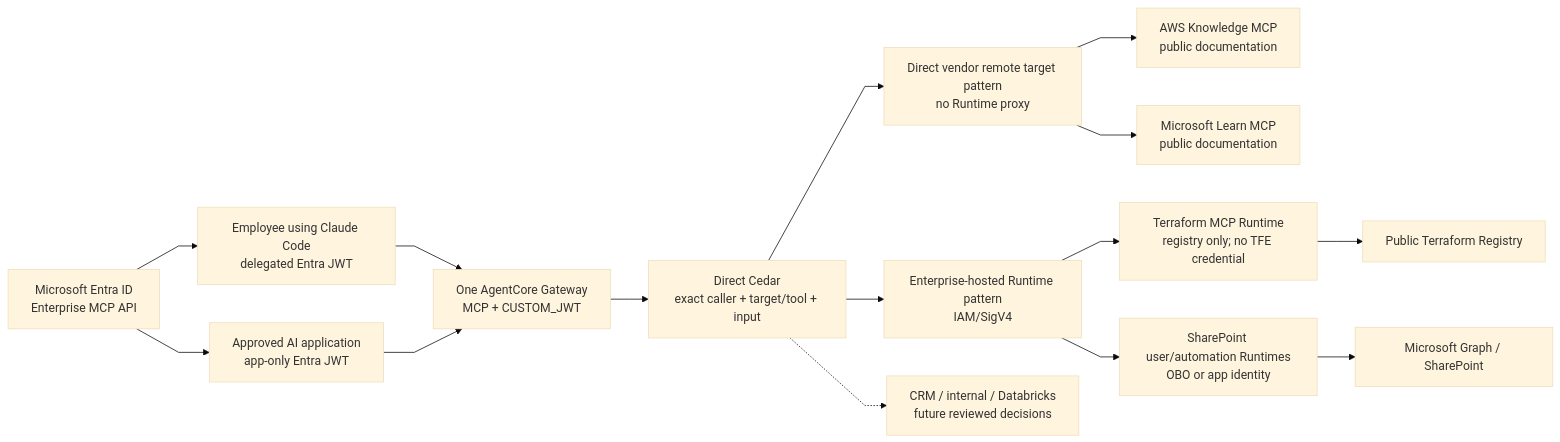
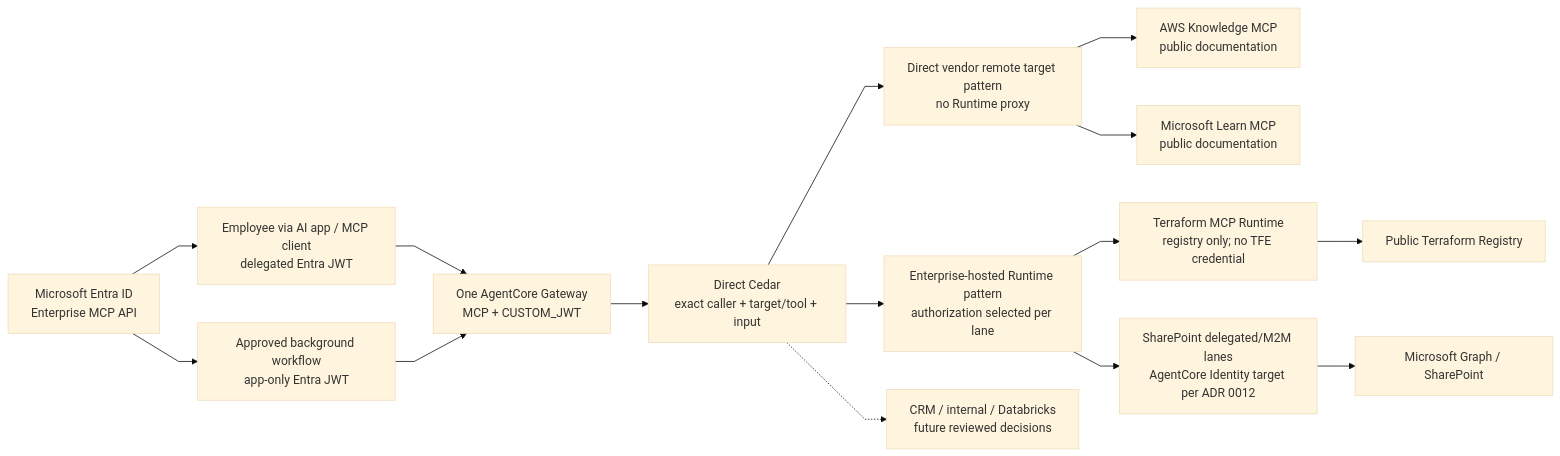
Before and after one commit to ron8520/mcp_poc: the first of 2 diagrams in docs/adr/0009-vendor-native-and-documentation-mcp-targets.md, drawn with Mermaid (base theme). The commit also changed other lines of this file and 95 other files, not shown here.

````diff
--- a/docs/adr/0009-vendor-native-and-documentation-mcp-targets.md
+++ b/docs/adr/0009-vendor-native-and-documentation-mcp-targets.md
@@ -99,33 +99,33 @@
 ```mermaid
 %%{init: {"flowchart": {"curve": "linear"}}}%%
 flowchart LR
     Entra["Microsoft Entra ID<br>Enterprise MCP API"]
-    Claude["Employee using Claude Code<br>delegated Entra JWT"]
-    Automation["Approved AI application<br>app-only Entra JWT"]
+    EmployeeClient["Employee via AI app / MCP client<br>delegated Entra JWT"]
+    Automation["Approved background workflow<br>app-only Entra JWT"]
     Gateway["One AgentCore Gateway<br>MCP + CUSTOM_JWT"]
     Cedar["Direct Cedar<br>exact caller + target/tool + input"]
     Direct["Direct vendor remote target pattern<br>no Runtime proxy"]
-    Hosted["Enterprise-hosted Runtime pattern<br>IAM/SigV4"]
+    Hosted["Enterprise-hosted Runtime pattern<br>authorization selected per lane"]
     AWSKnowledge["AWS Knowledge MCP<br>public documentation"]
     MicrosoftLearn["Microsoft Learn MCP<br>public documentation"]
     Terraform["Terraform MCP Runtime<br>registry only; no TFE credential"]
-    SharePoint["SharePoint user/automation Runtimes<br>OBO or app identity"]
+    SharePoint["SharePoint delegated/M2M lanes<br>AgentCore Identity target per ADR 0012"]
     Registry["Public Terraform Registry"]
     Graph["Microsoft Graph / SharePoint"]
     Future["CRM / internal / Databricks<br>future reviewed decisions"]
 
-    Entra --> Claude
+    Entra --> EmployeeClient
     Entra --> Automation
-    Claude --> Gateway
+    EmployeeClient --> Gateway
     Automation --> Gateway
     Gateway --> Cedar
     Cedar --> Direct
     Cedar --> Hosted
     Direct --> AWSKnowledge
     Direct --> MicrosoftLearn
     Hosted --> Terraform
     Hosted --> SharePoint
     Terraform --> Registry
     SharePoint --> Graph
     Cedar -.-> Future
 ```
````
